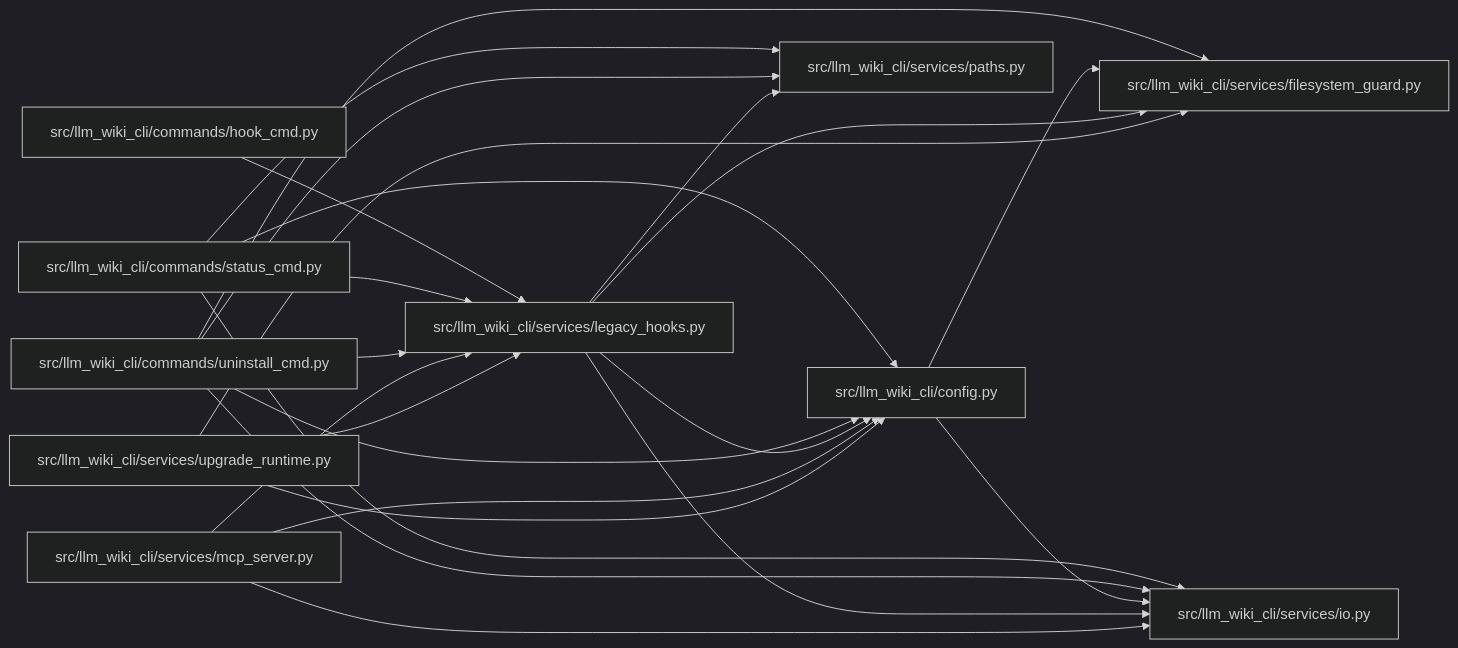
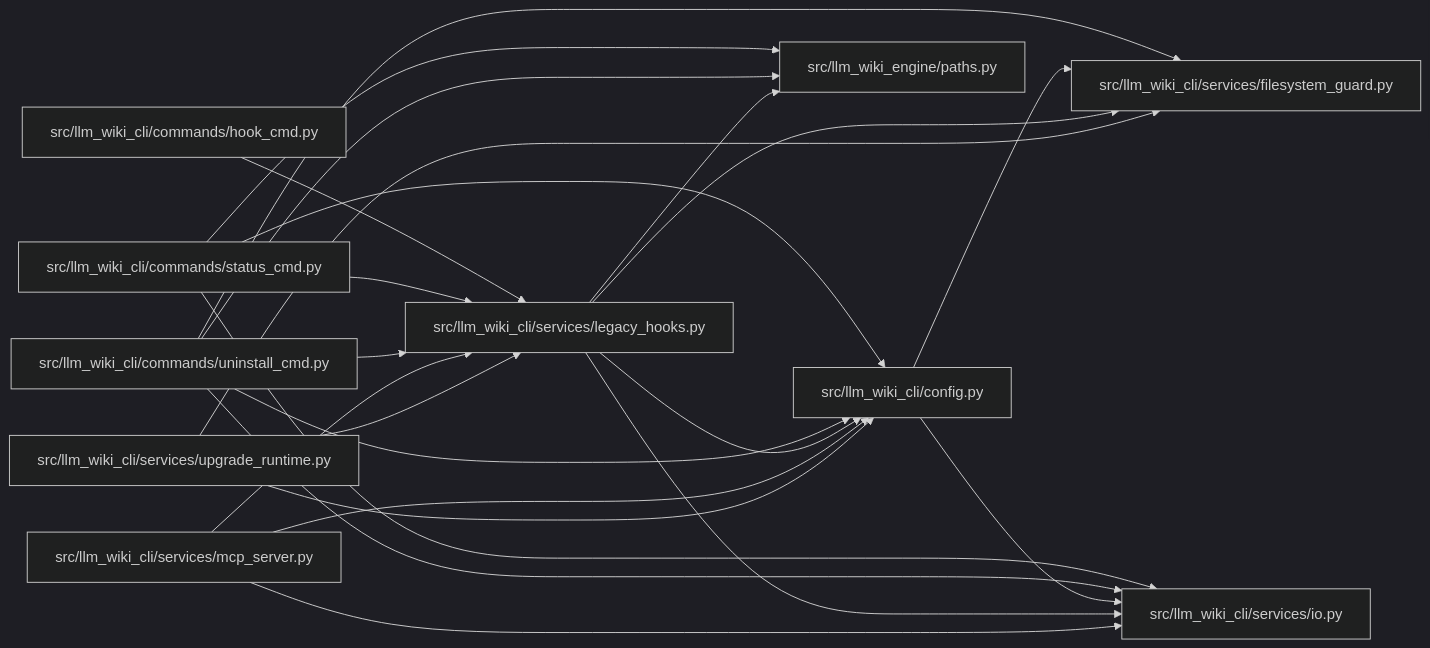
One commit to Denissvgn/python-wiki-llm changed the diagram in docs/llm_wiki/modules/legacy_hooks.md. Above: the diagram before and after it, drawn with Mermaid (dark theme). The commit also changed other lines of this file and 1103 other files, not shown here.

First line of the commit message:
docs: refresh the wiki for the llm-wiki-engine distribution

````diff
--- a/docs/llm_wiki/modules/legacy_hooks.md
+++ b/docs/llm_wiki/modules/legacy_hooks.md
@@ -31,45 +31,45 @@
 ```mermaid
 flowchart LR
     n0["src/llm_wiki_cli/commands/hook_cmd.py"]
     n1["src/llm_wiki_cli/commands/status_cmd.py"]
     n2["src/llm_wiki_cli/commands/uninstall_cmd.py"]
     n3["src/llm_wiki_cli/config.py"]
     n4["src/llm_wiki_cli/services/filesystem_guard.py"]
     n5["src/llm_wiki_cli/services/io.py"]
     n6["src/llm_wiki_cli/services/legacy_hooks.py"]
     n7["src/llm_wiki_cli/services/mcp_server.py"]
-    n8["src/llm_wiki_cli/services/paths.py"]
-    n9["src/llm_wiki_cli/services/upgrade_runtime.py"]
+    n8["src/llm_wiki_cli/services/upgrade_runtime.py"]
+    n9["src/llm_wiki_engine/paths.py"]
     n0 --> n6
     n1 --> n3
     n1 --> n5
     n1 --> n6
-    n1 --> n8
+    n1 --> n9
     n2 --> n3
     n2 --> n4
     n2 --> n5
     n2 --> n6
-    n2 --> n8
+    n2 --> n9
     n3 --> n4
     n3 --> n5
     n6 --> n3
     n6 --> n4
     n6 --> n5
-    n6 --> n8
+    n6 --> n9
     n7 --> n3
     n7 --> n5
     n7 --> n6
-    n9 --> n3
-    n9 --> n4
-    n9 --> n6
+    n8 --> n3
+    n8 --> n4
+    n8 --> n6
     click n0 "../modules/hook_cmd.md"
     click n1 "../modules/status_cmd.md"
     click n2 "../modules/uninstall_cmd.md"
     click n3 "../modules/config.md"
     click n4 "../modules/filesystem_guard.md"
     click n5 "../modules/io.md"
     click n6 "../modules/legacy_hooks.md"
     click n7 "../modules/mcp_server.md"
-    click n8 "../modules/paths.md"
-    click n9 "../modules/upgrade_runtime.md"
+    click n8 "../modules/upgrade_runtime.md"
+    click n9 "../modules/paths.md"
 ```
````
